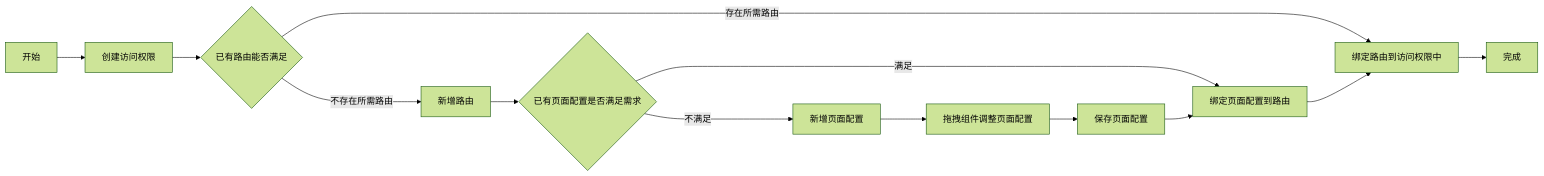
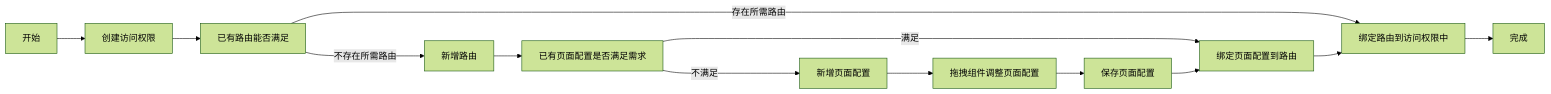
Before and after one commit to czhmisaka/ModulesTower: the first of 2 diagrams in README.md, drawn with Mermaid (forest theme). The commit also changed other lines of this file, not shown here.

````diff
--- a/README.md
+++ b/README.md
@@ -417,9 +417,9 @@
 ```mermaid
 graph LR;
-    开始-->创建访问权限-->已有路由能否满足{已有路由能否满足}
+    开始-->创建访问权限-->已有路由能否满足
     已有路由能否满足-- 存在所需路由 ---> 绑定路由到访问权限中
-    已有路由能否满足-- 不存在所需路由 ---> 新增路由 --> 已有页面配置是否满足需求{已有页面配置是否满足需求}
+    已有路由能否满足-- 不存在所需路由 ---> 新增路由 --> 已有页面配置是否满足需求
     已有页面配置是否满足需求 -- 满足 ---> 绑定页面配置到路由 --> 绑定路由到访问权限中
     已有页面配置是否满足需求 -- 不满足 ---> 新增页面配置 --> 拖拽组件调整页面配置 --> 保存页面配置 --> 绑定页面配置到路由
     绑定路由到访问权限中 --> 完成
 ```
````
